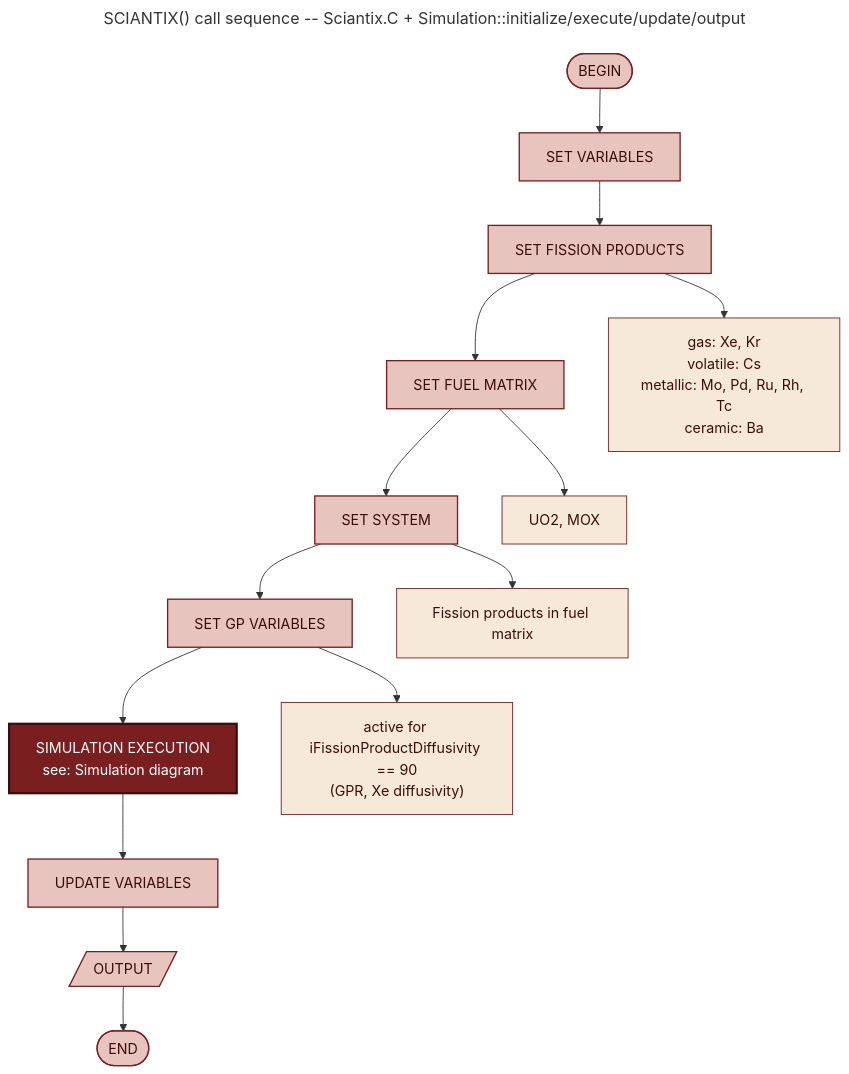
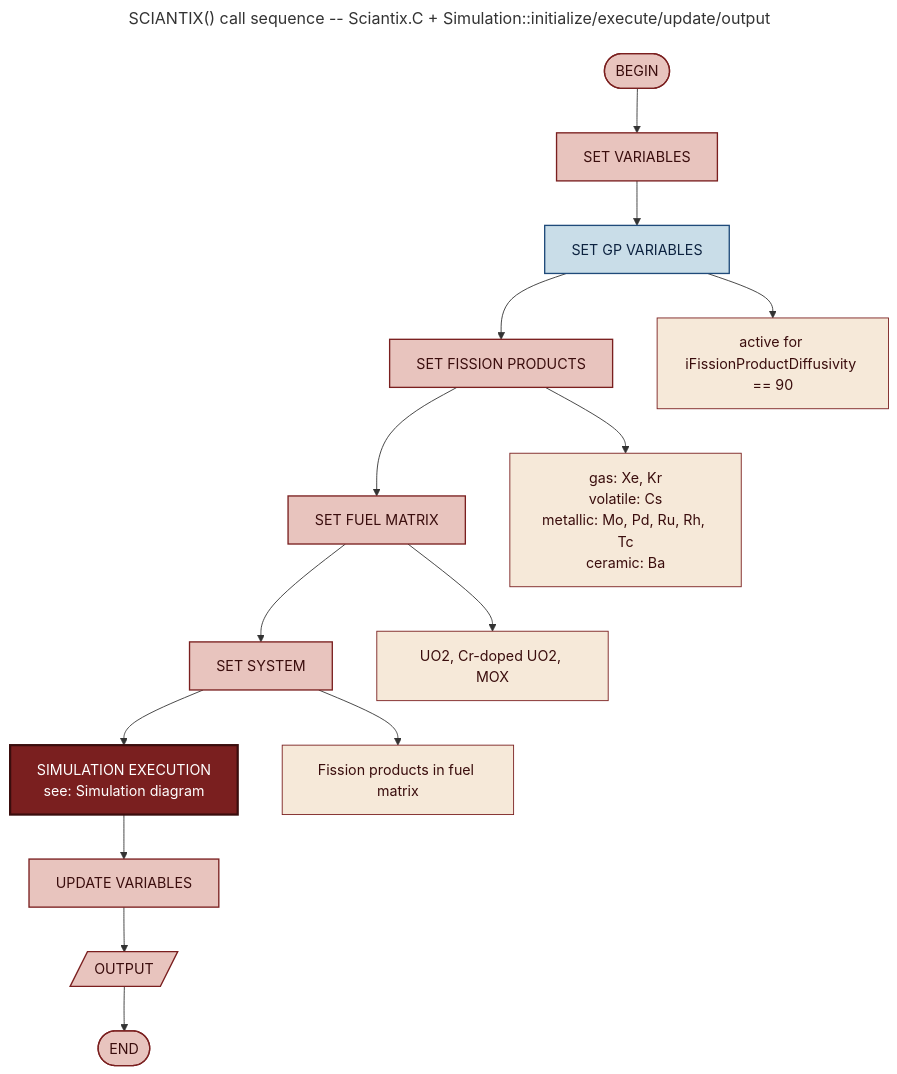
The diagram in utilities/workflow/SCIANTIXcall.mmd (sciantix/sciantix-official), drawn with Mermaid before and after one commit. The commit also changed 2 other files, not shown here.

```diff
--- a/utilities/workflow/SCIANTIXcall.mmd
+++ b/utilities/workflow/SCIANTIXcall.mmd
@@ -1,35 +1,37 @@
 ---
 title: SCIANTIX() call sequence -- Sciantix.C + Simulation::initialize/execute/update/output
 ---
 flowchart TB
     C_BEGIN(["BEGIN"])
     setVariables["SET VARIABLES"]
+    setGPVariables["SET GP VARIABLES"]
     setFissionProducts["SET FISSION PRODUCTS"]
     setMatrix["SET FUEL MATRIX"]
     setSystem["SET SYSTEM"]
-    setGPVariables["SET GP VARIABLES"]
     execute["SIMULATION EXECUTION<br/>see: Simulation diagram"]
     update["UPDATE VARIABLES"]
     output[/"OUTPUT"/]
     C_END(["END"])
 
-    C_BEGIN --> setVariables --> setFissionProducts --> setMatrix --> setSystem --> setGPVariables --> execute --> update --> output --> C_END
+    C_BEGIN --> setVariables --> setGPVariables --> setFissionProducts --> setMatrix --> setSystem --> execute --> update --> output --> C_END
 
+    setGPVariables_note["active for iFissionProductDiffusivity == 90"]
+    setGPVariables --> setGPVariables_note
     setFissionProducts_note["gas: Xe, Kr<br/>volatile: Cs<br/>metallic: Mo, Pd, Ru, Rh, Tc<br/>ceramic: Ba"]
     setFissionProducts --> setFissionProducts_note
-    setMatrix_note["UO2, MOX"]
+    setMatrix_note["UO2, Cr-doped UO2, MOX"]
     setMatrix --> setMatrix_note
     setSystem_note["Fission products in fuel matrix"]
     setSystem --> setSystem_note
-    setGPVariables_note["active for iFissionProductDiffusivity == 90<br/>(GPR, Xe diffusivity)"]
-    setGPVariables --> setGPVariables_note
 
     classDef terminal fill:#E8C4BE,stroke:#7A1F1F,stroke-width:1.5px,color:#3a0d0d;
     classDef process fill:#E8C4BE,stroke:#7A1F1F,stroke-width:1.5px,color:#3a0d0d;
+    classDef gpvar fill:#C9DDE8,stroke:#1F4A7A,stroke-width:1.5px,color:#0d2340;
     classDef note fill:#F6E9D9,stroke:#7A1F1F,stroke-width:1px,color:#3a0d0d;
     classDef highlight fill:#7A1F1F,stroke:#3a0d0d,stroke-width:2.5px,color:#ffffff;
 
     class C_BEGIN,C_END terminal;
-    class setVariables,setFissionProducts,setMatrix,setSystem,setGPVariables,update,output process;
+    class setVariables,setFissionProducts,setMatrix,setSystem,update,output process;
+    class setGPVariables gpvar;
     class execute highlight;
     class setFissionProducts_note,setMatrix_note,setSystem_note,setGPVariables_note note;
```
